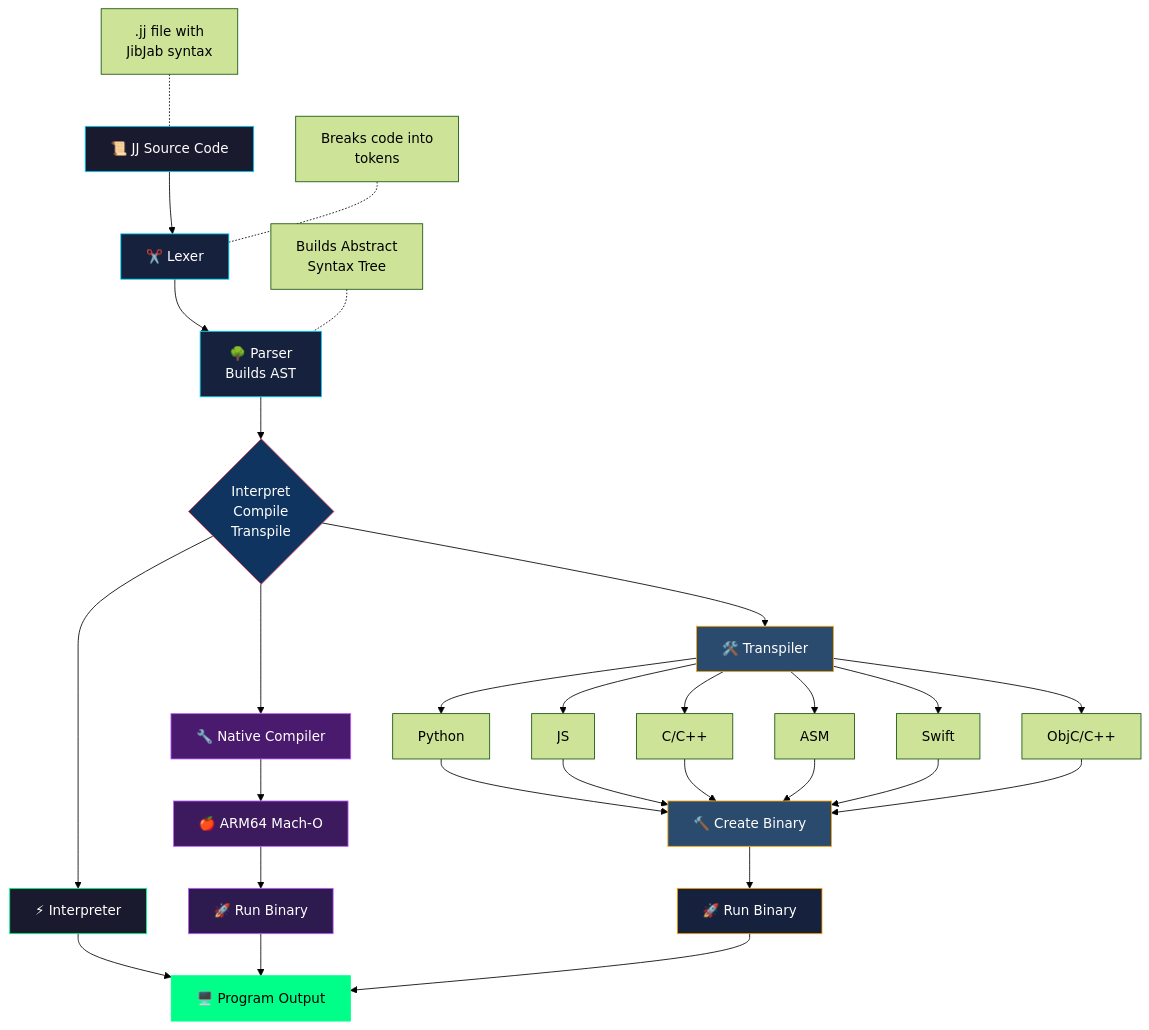
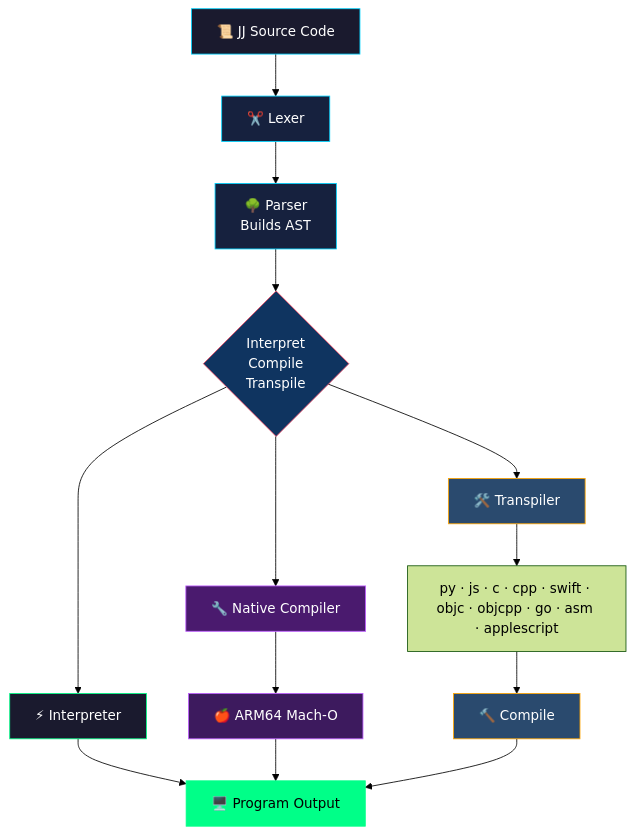
The diagram in README.md (SuperBox64/JibberJabber), drawn with Mermaid (forest theme) before and after one commit. The commit also changed other lines of this file, not shown here.

````diff
--- a/README.md
+++ b/README.md
@@ -247,50 +112,31 @@
 ```mermaid
 flowchart TD
     A[📜 JJ Source Code] --> B[✂️  Lexer]
     B --> C[🌳 Parser<br>Builds AST]
     C --> D{Interpret<br>Compile<br>Transpile}
 
-    A1[".jj file with<br>JibJab syntax"] -.- A
-    B1["Breaks code into<br>tokens"] -.- B
-    C1["Builds Abstract<br>Syntax Tree"] -.- C
-
     D --> E[⚡ Interpreter]
     E --> F[🖥️  Program Output]
 
     D --> N1[🔧 Native Compiler]
     N1 --> N2[🍎 ARM64 Mach-O]
-    N2 --> N3[🚀 Run Binary]
-    N3 --> F
+    N2 --> F
 
     D --> G[🛠️ Transpiler]
-    G --> H[Python]
-    G --> I[JS]
-    G --> J[C/C++]
-    G --> K[ASM]
-    G --> L[Swift]
-    G --> Q[ObjC/C++]
-
-    H --> M[🔨 Create Binary]
-    I --> M
-    J --> M
-    K --> M
-    L --> M
-    Q --> M
-    M --> N[🚀 Run Binary]
-    N --> F
+    G --> H[py · js · c · cpp · swift · objc · objcpp · go · asm · applescript]
+    H --> M[🔨 Compile]
+    M --> F
 
     style N1 fill:#4a1a6e,stroke:#bf5fff,color:#fff
     style N2 fill:#3d1a5e,stroke:#bf5fff,color:#fff
-    style N3 fill:#2d1a4e,stroke:#bf5fff,color:#fff
 
     style M fill:#2a4a6e,stroke:#ffa500,color:#fff
-    style N fill:#16213e,stroke:#ffa500,color:#fff
 
     style A fill:#1a1a2e,stroke:#00d4ff,color:#fff
     style B fill:#16213e,stroke:#00d4ff,color:#fff
     style C fill:#16213e,stroke:#00d4ff,color:#fff
     style D fill:#0f3460,stroke:#e94560,color:#fff
     style E fill:#1a1a2e,stroke:#00ff88,color:#fff
     style F fill:#00ff88,stroke:#00ff88,color:#000
     style G fill:#2a4a6e,stroke:#ffa500,color:#fff
 ```
````
